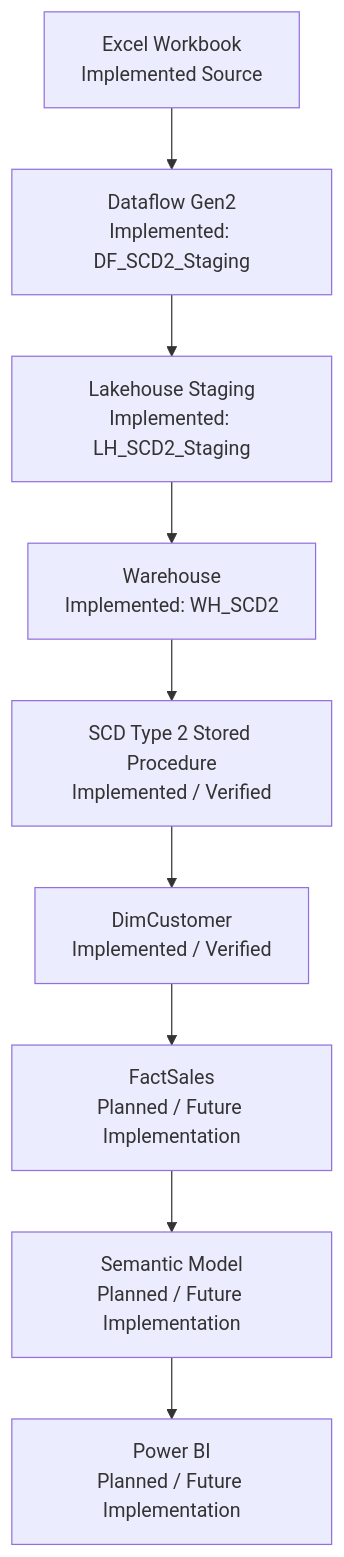
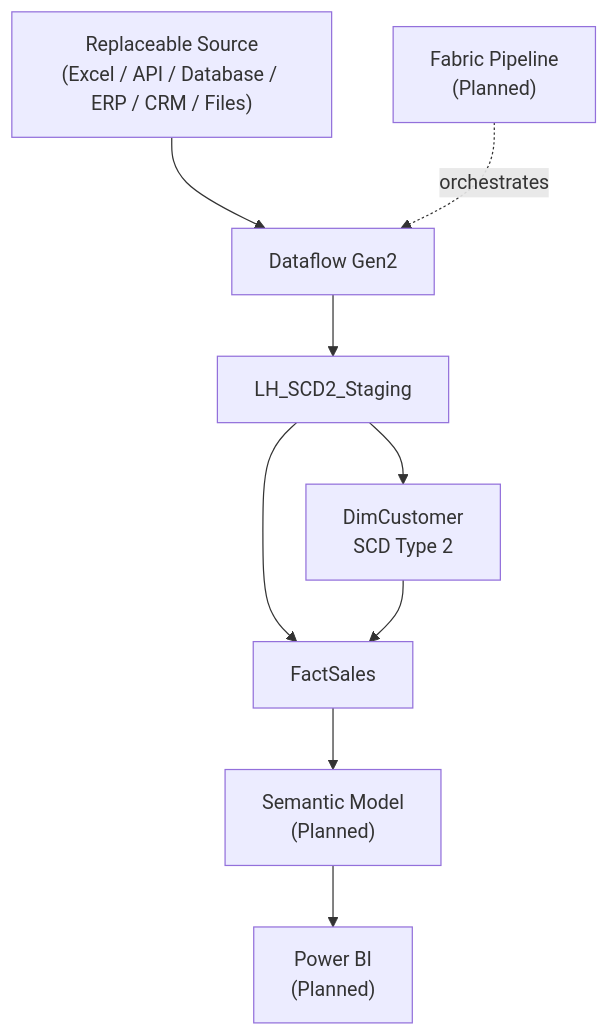
Before and after one commit to DJ8052/fabric-scd2-customer-history: the diagram in docs/solution-architecture.md, drawn with Mermaid. The commit also changed other lines of this file and 15 other files, not shown here.

Commit message:
feat: implement and validate historical FactSales attribution

````diff
--- a/docs/solution-architecture.md
+++ b/docs/solution-architecture.md
@@ -11,11 +11,20 @@
 ```mermaid
 flowchart TD
-    A["Excel Workbook<br/>Implemented Source"] --> B["Dataflow Gen2<br/>Implemented: DF_SCD2_Staging"]
-    B --> C["Lakehouse Staging<br/>Implemented: LH_SCD2_Staging"]
-    C --> D["Warehouse<br/>Implemented: WH_SCD2"]
-    D --> E["SCD Type 2 Stored Procedure<br/>Implemented / Verified"]
-    E --> F["DimCustomer<br/>Implemented / Verified"]
-    F --> G["FactSales<br/>Planned / Future Implementation"]
-    G --> H["Semantic Model<br/>Planned / Future Implementation"]
-    H --> I["Power BI<br/>Planned / Future Implementation"]
+    OperationalSource["Replaceable Source<br/>(Excel / API / Database / ERP / CRM / Files)"]
+    DF["Dataflow Gen2"]
+    LH["LH_SCD2_Staging"]
+    DIM["DimCustomer<br/>SCD Type 2"]
+    FACT["FactSales"]
+    PIPE["Fabric Pipeline<br/>(Planned)"]
+    SEM["Semantic Model<br/>(Planned)"]
+    PBI["Power BI<br/>(Planned)"]
+
+    OperationalSource --> DF
+    DF --> LH
+    LH --> DIM
+    LH --> FACT
+    DIM --> FACT
+    PIPE -. orchestrates .-> DF
+    FACT --> SEM
+    SEM --> PBI
 ```
````
